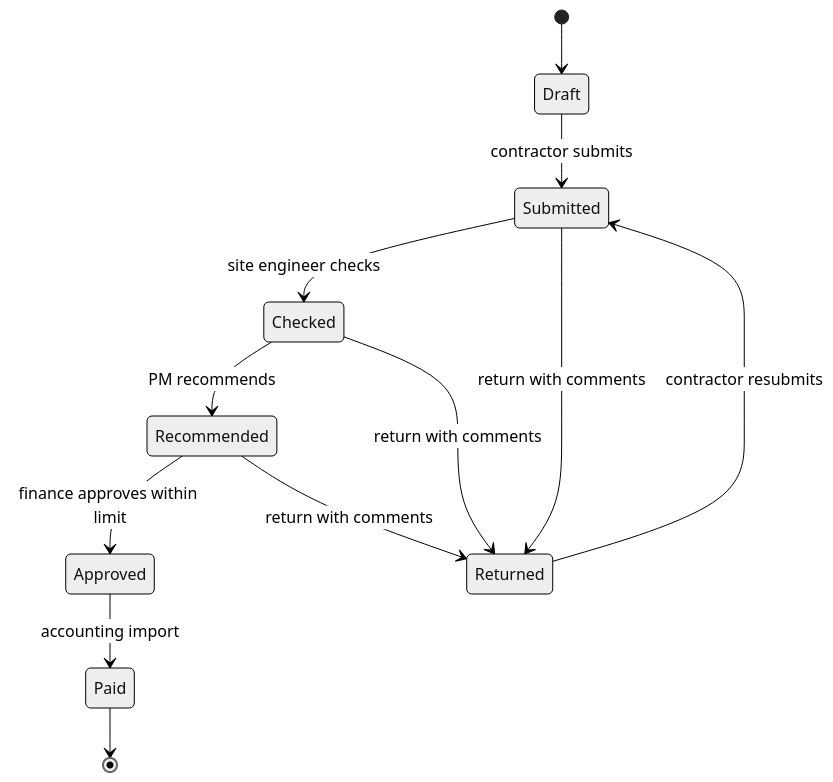
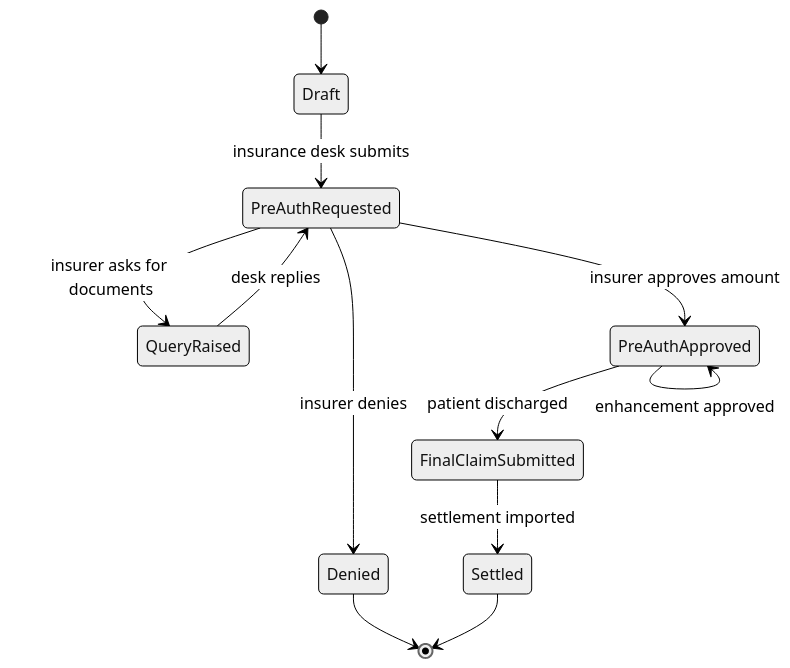
The sixth of 6 diagrams in content/lessons/m20/m20-capstone-a.md (rizwi0786/system-design-lab), drawn with Mermaid (neutral theme) before and after one commit. The commit also changed other lines of this file and 334 other files, not shown here.

````diff
--- a/content/lessons/m20/m20-capstone-a.md
+++ b/content/lessons/m20/m20-capstone-a.md
@@ -286,14 +327,14 @@
 ```mermaid
 stateDiagram-v2
     [*] --> Draft
-    Draft --> Submitted : contractor submits
-    Submitted --> Checked : site engineer checks
-    Checked --> Recommended : PM recommends
-    Recommended --> Approved : finance approves within limit
-    Approved --> Paid : accounting import
-    Submitted --> Returned : return with comments
-    Checked --> Returned : return with comments
-    Recommended --> Returned : return with comments
-    Returned --> Submitted : contractor resubmits
-    Paid --> [*]
+    Draft --> PreAuthRequested : insurance desk submits
+    PreAuthRequested --> QueryRaised : insurer asks for documents
+    QueryRaised --> PreAuthRequested : desk replies
+    PreAuthRequested --> PreAuthApproved : insurer approves amount
+    PreAuthRequested --> Denied : insurer denies
+    PreAuthApproved --> PreAuthApproved : enhancement approved
+    PreAuthApproved --> FinalClaimSubmitted : patient discharged
+    FinalClaimSubmitted --> Settled : settlement imported
+    Denied --> [*]
+    Settled --> [*]
 ```
````
